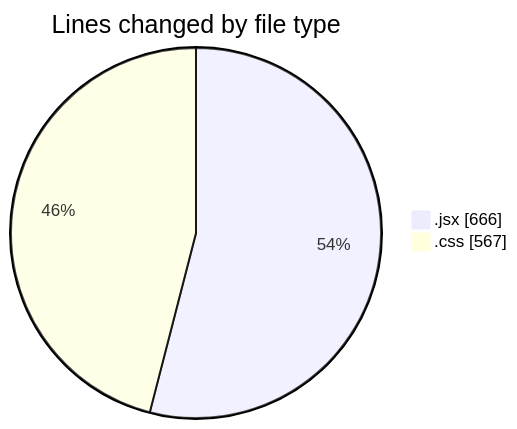
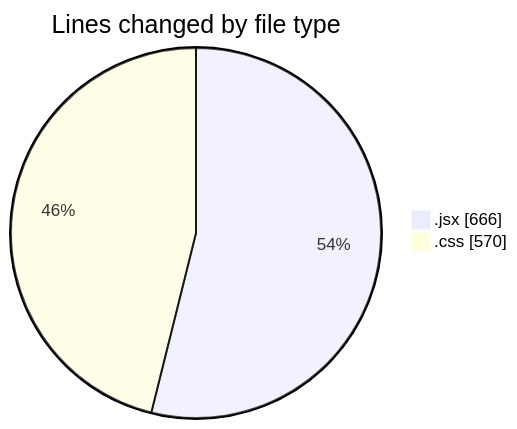
One commit to BS-eng2023/code-tracking changed the first of 2 diagrams in 2025-05-08/recipe-app/README.md. Above: the diagram before and after it, drawn with Mermaid. The commit also changed other lines of this file and 1 other file, not shown here.

````diff
--- a/2025-05-08/recipe-app/README.md
+++ b/2025-05-08/recipe-app/README.md
@@ -25,6 +25,6 @@
 ```mermaid
 pie showData
 title Lines changed by file type
 ".jsx" : 666
-".css" : 567
+".css" : 570
 ```
````
